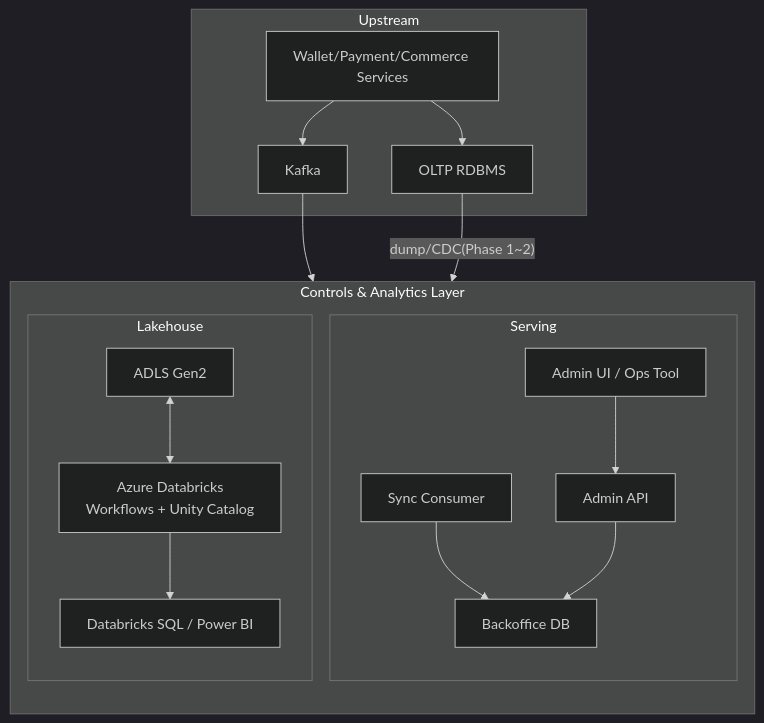
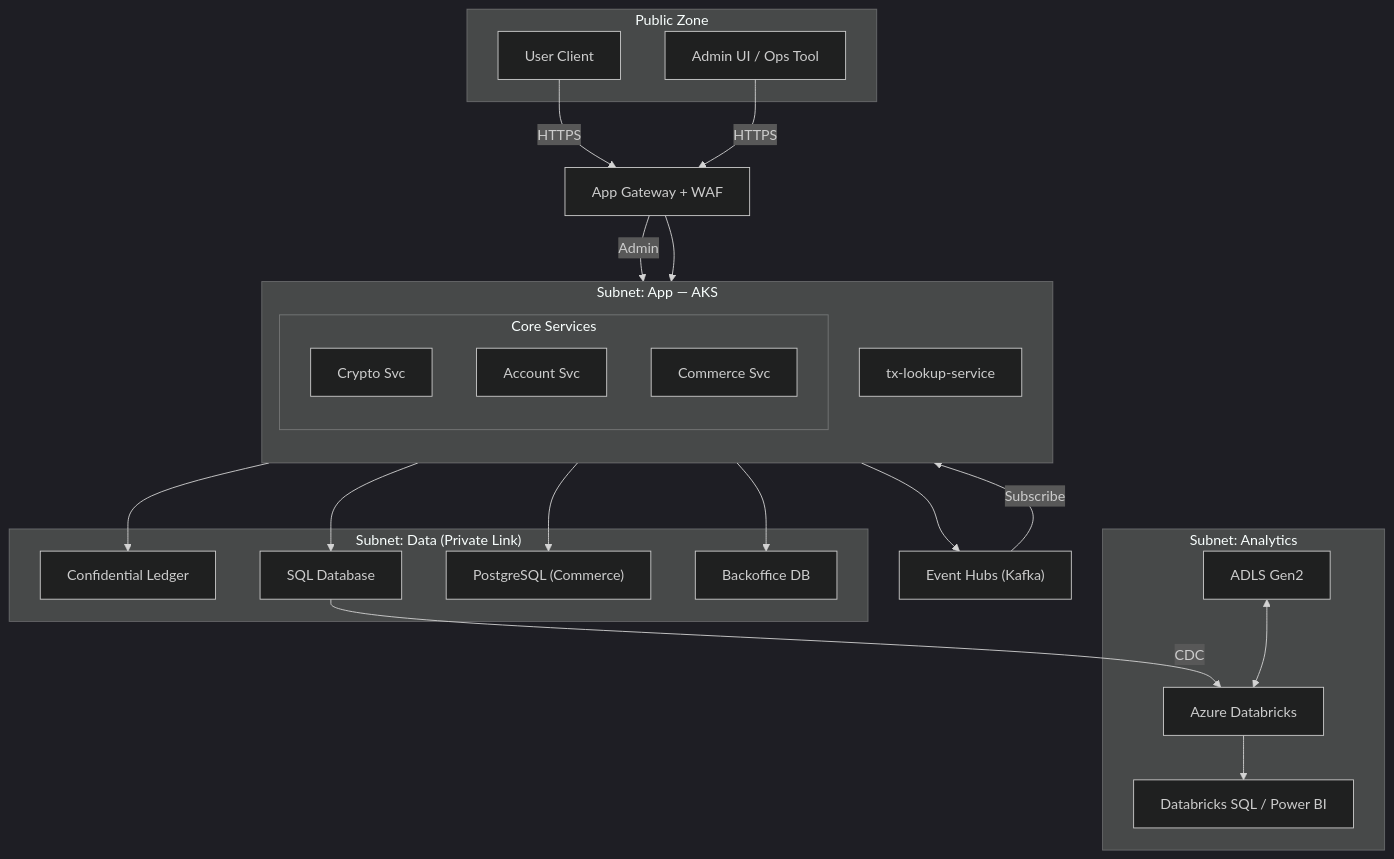
Before and after one commit to Naver-Dunamu-Merge-TF/NSC-Document: the first of 3 diagrams in Document Standardization Page/2. 시스템 설계 단계 (System Design)/2.1.1 통제 및 분석 레이어 아키텍쳐 (controls analytics layer architecture).md, drawn with Mermaid (dark theme). The commit also changed other lines of this file, not shown here.

````diff
--- a/Document Standardization Page/2. 시스템 설계 단계 (System Design)/2.1.1 통제 및 분석 레이어 아키텍쳐 (controls analytics layer architecture).md
+++ b/Document Standardization Page/2. 시스템 설계 단계 (System Design)/2.1.1 통제 및 분석 레이어 아키텍쳐 (controls analytics layer architecture).md
@@ -40,40 +41,69 @@
 ```mermaid
 flowchart TB
   %% ======================
-  %% Upstream
+  %% Public Zone
   %% ======================
-  subgraph U["Upstream"]
-    SVC["Wallet/Payment/Commerce Services"]
-    OLTP["OLTP RDBMS"]
-    BUS["Kafka"]
-    SVC --> OLTP
-    SVC --> BUS
+  subgraph PZ["Public Zone"]
+    UserClient["User Client"]
+    AdminUI["Admin UI / Ops Tool"]
+  end
+
+  %% Perimeter
+  AppGw["App Gateway + WAF"]
+
+  %% ======================
+  %% Subnet: App — AKS
+  %% ======================
+  subgraph SubnetApp ["Subnet: App — AKS"]
+    direction TB
+    subgraph CoreSvc ["Core Services"]
+      CryptoSvc["Crypto Svc"]
+      AccountSvc["Account Svc"]
+      CommerceSvc["Commerce Svc"]
+    end
+    TxLookup["tx-lookup-service"]
+  end
+
+  %% Subnet: Messaging
+  BUS["Event Hubs (Kafka)"]
+
+  %% ======================
+  %% Subnet: Data (Private Link)
+  %% ======================
+  subgraph SubnetData ["Subnet: Data (Private Link)"]
+    ConfLedger["Confidential Ledger"]
+    SQLDB["SQL Database"]
+    PostgreSQLOLTP["PostgreSQL (Commerce)"]
+    BODB["Backoffice DB"]
   end
 
   %% ======================
-  %% Controls & Analytics Layer
+  %% Subnet: Analytics
   %% ======================
-  subgraph OPS["Controls & Analytics Layer"]
-    direction TB
+  subgraph SubnetAnalytics ["Subnet: Analytics"]
+    ADLS["ADLS Gen2"]
+    DBX["Azure Databricks"]
+    CONS["Databricks SQL / Power BI"]
+  end
 
-    subgraph SV["Serving"]
-      CSM["Sync Consumer"]
-      BODB["Backoffice DB"]
-      API["Admin API"]
-      UI["Admin UI / Ops Tool"]
-      BUS --> CSM
-      CSM --> BODB
-      API --> BODB
-      UI --> API
-    end
+  %% Ingress
+  UserClient -->|HTTPS| AppGw
+  AdminUI -->|HTTPS| AppGw
+  AppGw --> CoreSvc
+  AppGw -->|Admin| TxLookup
 
-    subgraph LH["Lakehouse"]
-      ADLS["ADLS Gen2"]
-      DBX["Azure Databricks<br/>Workflows + Unity Catalog"]
-      CONS["Databricks SQL / Power BI"]
-      OLTP -- "dump/CDC(Phase 1~2)" --> ADLS
-      ADLS <--> DBX
-      DBX --> CONS
-    end
-  end
+  %% Core → Data & Messaging
+  CryptoSvc --> ConfLedger
+  AccountSvc --> SQLDB
+  CommerceSvc --> PostgreSQLOLTP
+  CoreSvc --> BUS
+
+  %% tx-lookup
+  BUS -->|Subscribe| TxLookup
+  TxLookup --> BODB
+
+  %% Analytics
+  SQLDB -- "CDC" --> DBX
+  ADLS <--> DBX
+  DBX --> CONS
 ```
````
